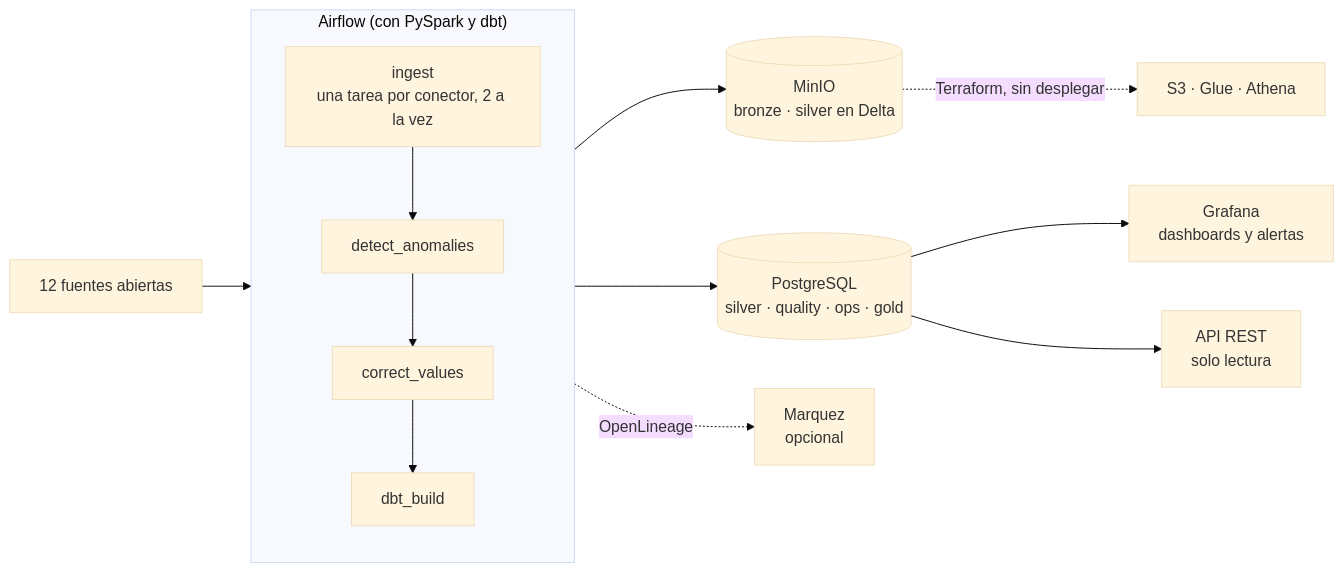
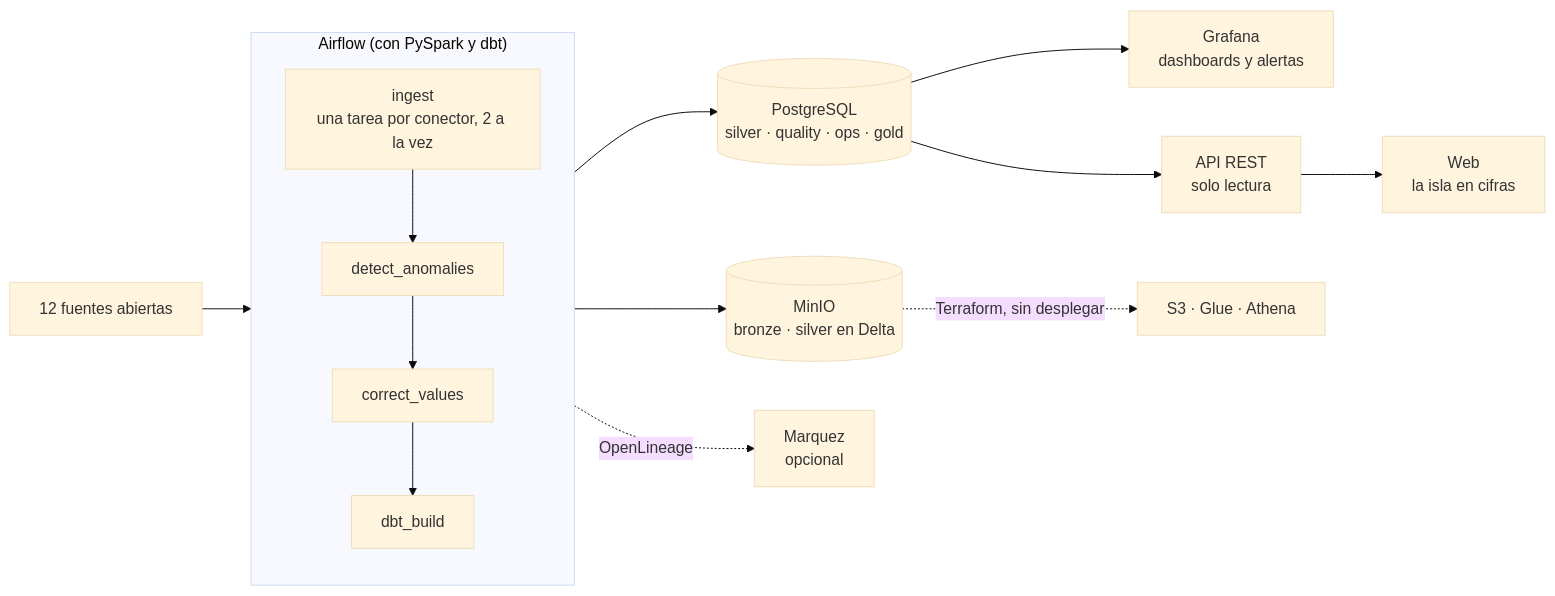
One commit to AlexandreColl/MallorcaDataPlatform changed the first of 2 diagrams in docs/architecture.md. Above: the diagram before and after it, drawn with Mermaid (base theme). The commit also changed other lines of this file and 19 other files, not shown here.

````diff
--- a/docs/architecture.md
+++ b/docs/architecture.md
@@ -28,14 +28,14 @@
 ```mermaid
 flowchart LR
     SRC["12 fuentes abiertas"] --> AF
     subgraph AF["Airflow (con PySpark y dbt)"]
         direction TB
         ING["ingest<br/>una tarea por conector, 2 a la vez"] --> DET[detect_anomalies] --> COR[correct_values] --> DBT[dbt_build]
     end
     AF --> MINIO[("MinIO<br/>bronze · silver en Delta")]
     AF --> PG[("PostgreSQL<br/>silver · quality · ops · gold")]
     PG --> GF["Grafana<br/>dashboards y alertas"]
-    PG --> API["API REST<br/>solo lectura"]
+    PG --> API["API REST<br/>solo lectura"] --> WEB["Web<br/>la isla en cifras"]
     AF -.->|OpenLineage| MQ["Marquez<br/>opcional"]
     MINIO -.->|"Terraform, sin desplegar"| AWS["S3 · Glue · Athena"]
 ```
````
